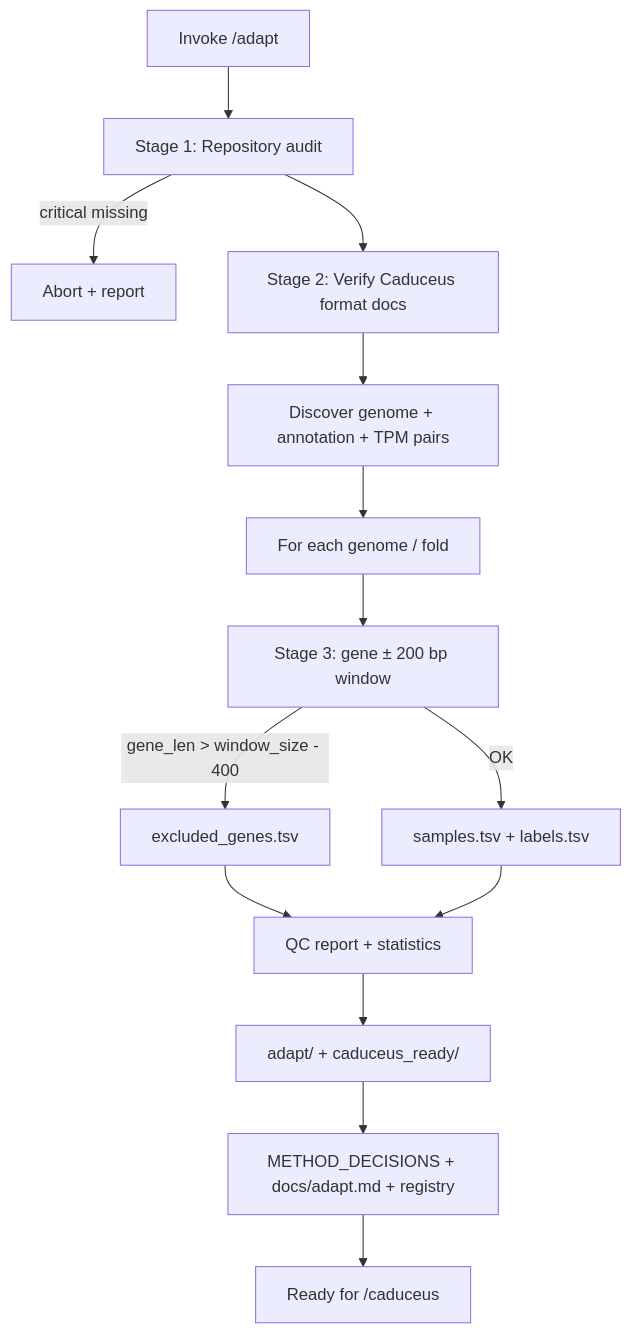
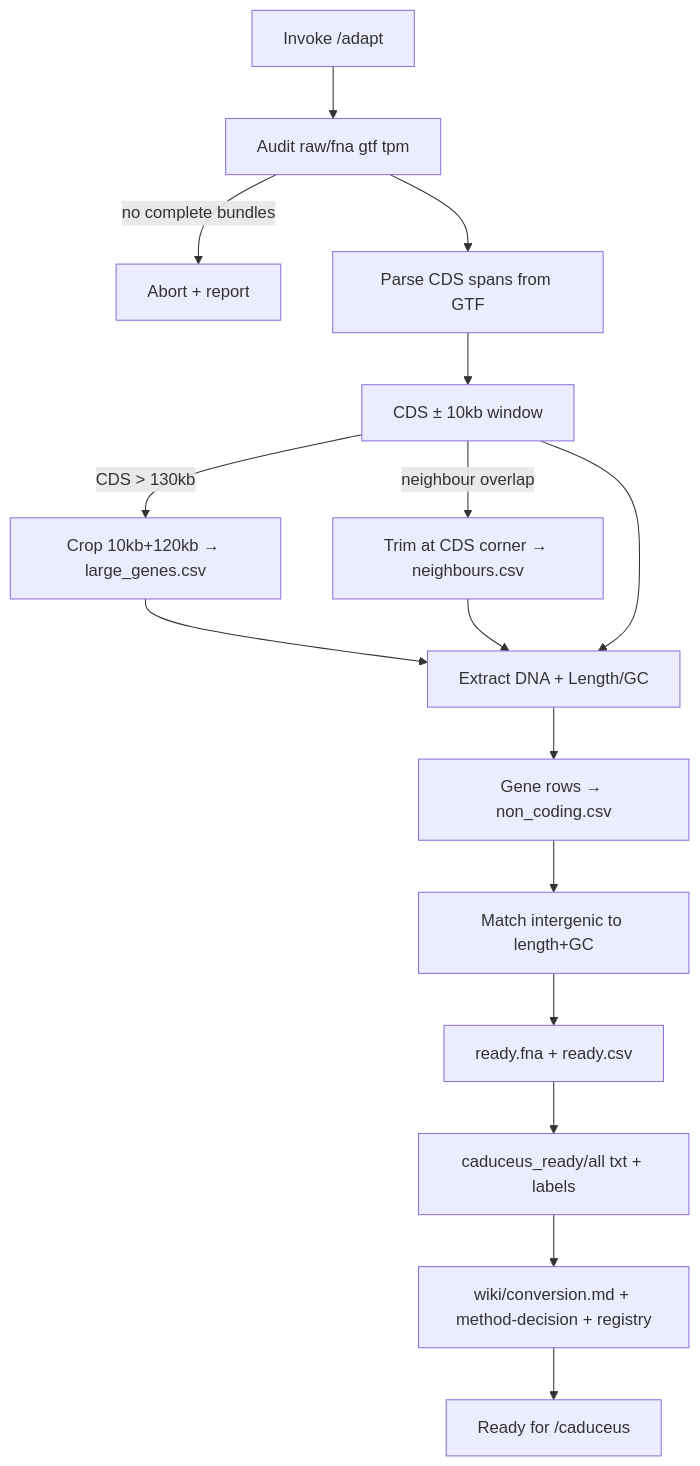
One commit to Sirius-Back/Giga_Mario changed the diagram in .cursor/skills/adapt/workflow.md. Above: the diagram before and after it, drawn with Mermaid. The commit also changed other lines of this file and 38 other files, not shown here.

````diff
--- a/.cursor/skills/adapt/workflow.md
+++ b/.cursor/skills/adapt/workflow.md
@@ -3,16 +3,18 @@
 ```mermaid
 flowchart TD
-  start[Invoke /adapt] --> audit[Stage 1: Repository audit]
-  audit -->|critical missing| abort[Abort + report]
-  audit --> fmt[Stage 2: Verify Caduceus format docs]
-  fmt --> discover[Discover genome + annotation + TPM pairs]
-  discover --> loop[For each genome / fold]
-  loop --> win[Stage 3: gene ± 200 bp window]
-  win -->|gene_len > window_size - 400| excl[excluded_genes.tsv]
-  win -->|OK| accept[samples.tsv + labels.tsv]
-  excl --> qc[QC report + statistics]
-  accept --> qc
-  qc --> out[adapt/ + caduceus_ready/]
-  out --> docs[METHOD_DECISIONS + docs/adapt.md + registry]
+  start[Invoke /adapt] --> audit[Audit raw/fna gtf tpm]
+  audit -->|no complete bundles| abort[Abort + report]
+  audit --> cds[Parse CDS spans from GTF]
+  cds --> win[CDS ± 10kb window]
+  win -->|CDS > 130kb| large[Crop 10kb+120kb → large_genes.csv]
+  win -->|neighbour overlap| trim[Trim at CDS corner → neighbours.csv]
+  large --> extract[Extract DNA + Length/GC]
+  trim --> extract
+  win --> extract
+  extract --> genes[Gene rows → non_coding.csv]
+  genes --> nc[Match intergenic to length+GC]
+  nc --> ready[ready.fna + ready.csv]
+  ready --> cad[caduceus_ready/all txt + labels]
+  cad --> docs[wiki/conversion.md + method-decision + registry]
   docs --> done[Ready for /caduceus]
 ```
````
